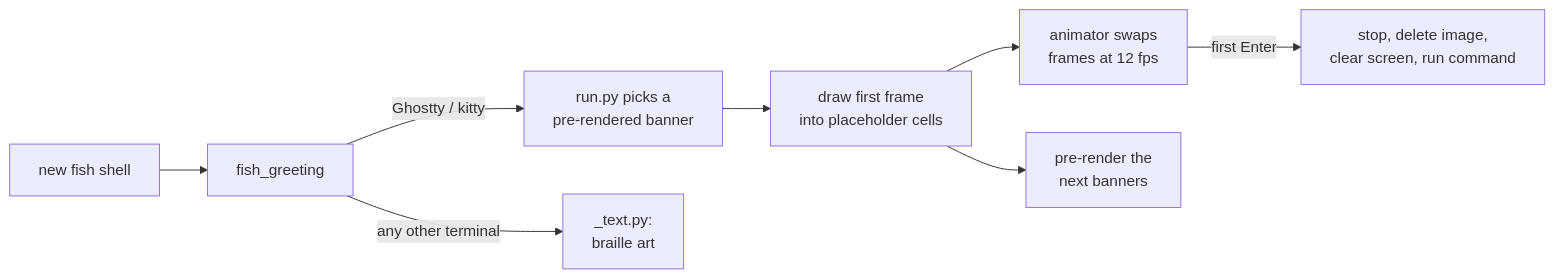
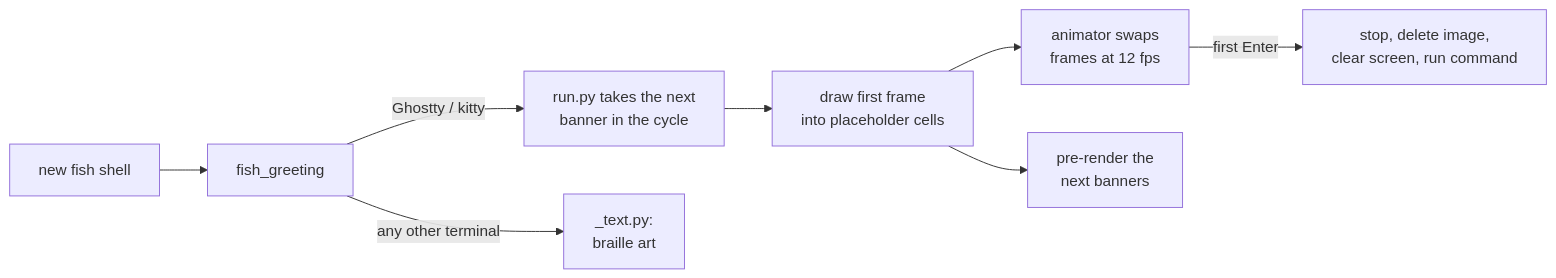
The diagram in README.md (zmscode/fish-banners), drawn with Mermaid before and after one commit. The commit also changed other lines of this file and 2 other files, not shown here.

First line of the commit message:
Cycle through the banners instead of picking at random

````diff
--- a/README.md
+++ b/README.md
@@ -30,10 +31,10 @@
 ```mermaid
 flowchart LR
     A[new fish shell] --> B[fish_greeting]
-    B -->|Ghostty / kitty| C[run.py picks a<br/>pre-rendered banner]
+    B -->|Ghostty / kitty| C[run.py takes the next<br/>banner in the cycle]
     B -->|any other terminal| T[_text.py:<br/>braille art]
     C --> D[draw first frame<br/>into placeholder cells]
     D --> E[animator swaps<br/>frames at 12 fps]
     D --> F[pre-render the<br/>next banners]
     E -->|first Enter| G[stop, delete image,<br/>clear screen, run command]
 ```
````
